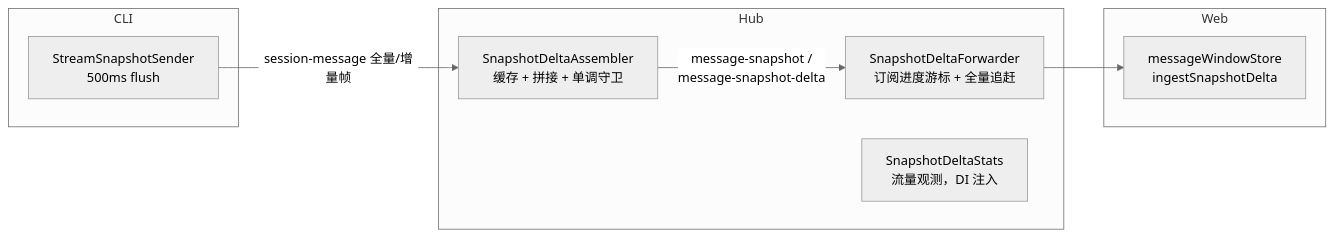
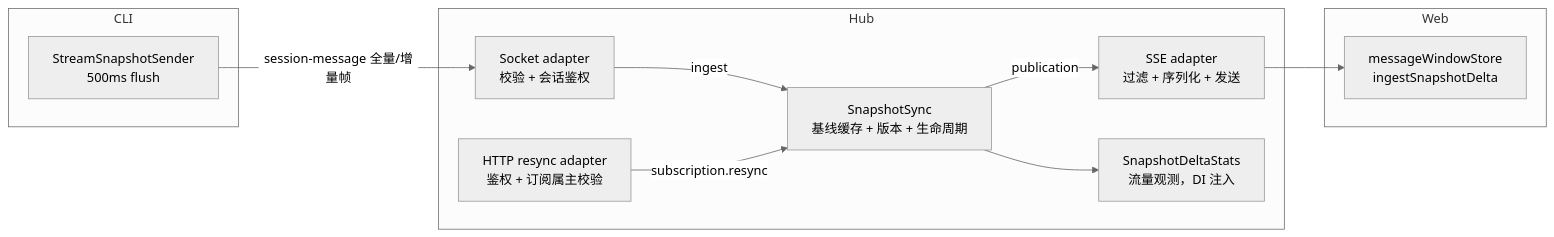
Before and after one commit to ModuBit/mobi: the diagram in docs/architecture/hub/sync/snapshot-delta.md, drawn with Mermaid (neutral theme). The commit also changed other lines of this file and 29 other files, not shown here.

Commit message:
refactor(hub): 快照同步收敛为单一 SnapshotSync module——Assembler（CLI→hub 增量重建）与 Forwarder（SSE 游标路由）职责分散在 sync/sse 两层、组装层需三件套注入，合并为 ingest/subscribe/lease 一体：socket adapter 校验后调 ingest、SSE adapter 过滤后取订阅 handle、CLI 断连走 lease 回收，module 只决定快照内容不做网络发送

````diff
--- a/docs/architecture/hub/sync/snapshot-delta.md
+++ b/docs/architecture/hub/sync/snapshot-delta.md
@@ -9,17 +12,22 @@
 ```mermaid
 flowchart LR
     subgraph CLI
         SSS[StreamSnapshotSender<br/>500ms flush]
     end
     subgraph Hub
-        ASM[SnapshotDeltaAssembler<br/>缓存 + 拼接 + 单调守卫]
-        FWD[SnapshotDeltaForwarder<br/>订阅进度游标 + 全量追赶]
+        SOCK[Socket adapter<br/>校验 + 会话鉴权]
+        SS[SnapshotSync<br/>基线缓存 + 版本 + 生命周期]
+        SSE[SSE adapter<br/>过滤 + 序列化 + 发送]
+        HTTP[HTTP resync adapter<br/>鉴权 + 订阅属主校验]
         STATS[SnapshotDeltaStats<br/>流量观测，DI 注入]
     end
     subgraph Web
         MW[messageWindowStore<br/>ingestSnapshotDelta]
     end
-    SSS -->|session-message 全量/增量帧| ASM
-    ASM -->|message-snapshot /<br/>message-snapshot-delta| FWD
-    FWD --> MW
+    SSS -->|session-message 全量/增量帧| SOCK
+    SOCK -->|ingest| SS
+    SS -->|publication| SSE
+    HTTP -->|subscription.resync| SS
+    SSE --> MW
+    SS --> STATS
 ```
````
